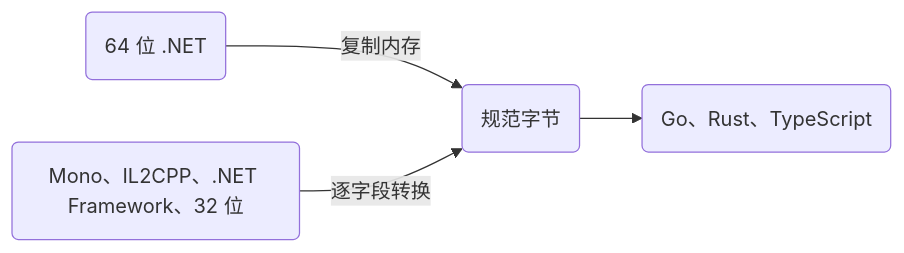
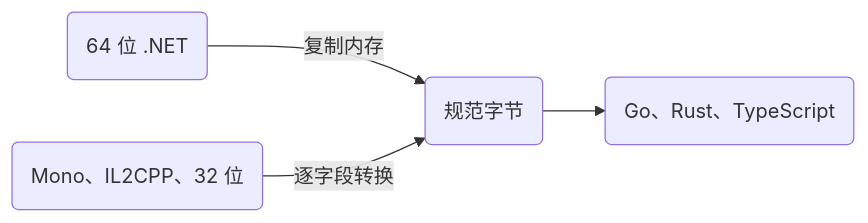
The diagram in content/docs/v4/struct-layouts.zh.mdx (JasonXuDeveloper/Nino.Docs), drawn with Mermaid before and after one commit. The commit also changed other lines of this file and 55 other files, not shown here.

````diff
--- a/content/docs/v4/struct-layouts.zh.mdx
+++ b/content/docs/v4/struct-layouts.zh.mdx
@@ -14,6 +14,6 @@
 ```mermaid
 flowchart LR
   A(64 位 .NET) -->|复制内存| B(规范字节)
-  C(Mono、IL2CPP、.NET Framework、32 位) -->|逐字段转换| B
+  C(Mono、IL2CPP、32 位) -->|逐字段转换| B
   B --> D(Go、Rust、TypeScript)
 ```
````
